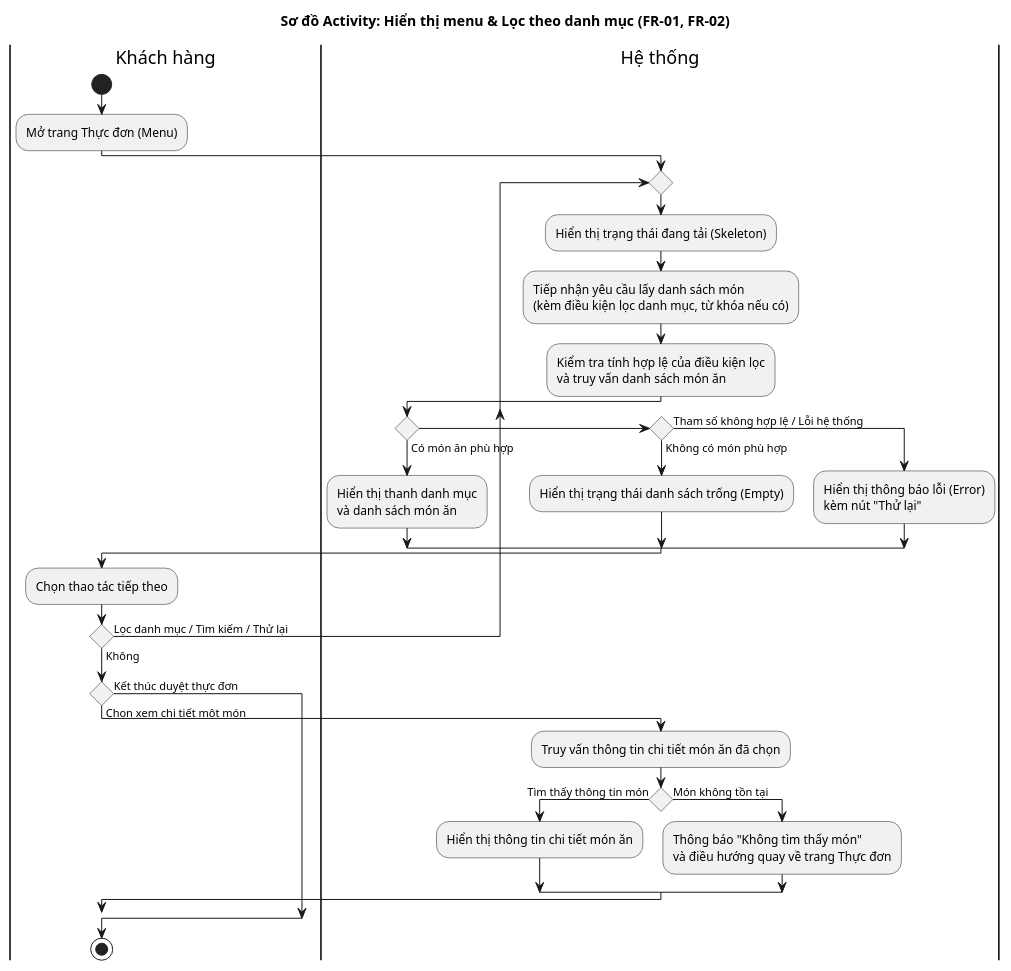
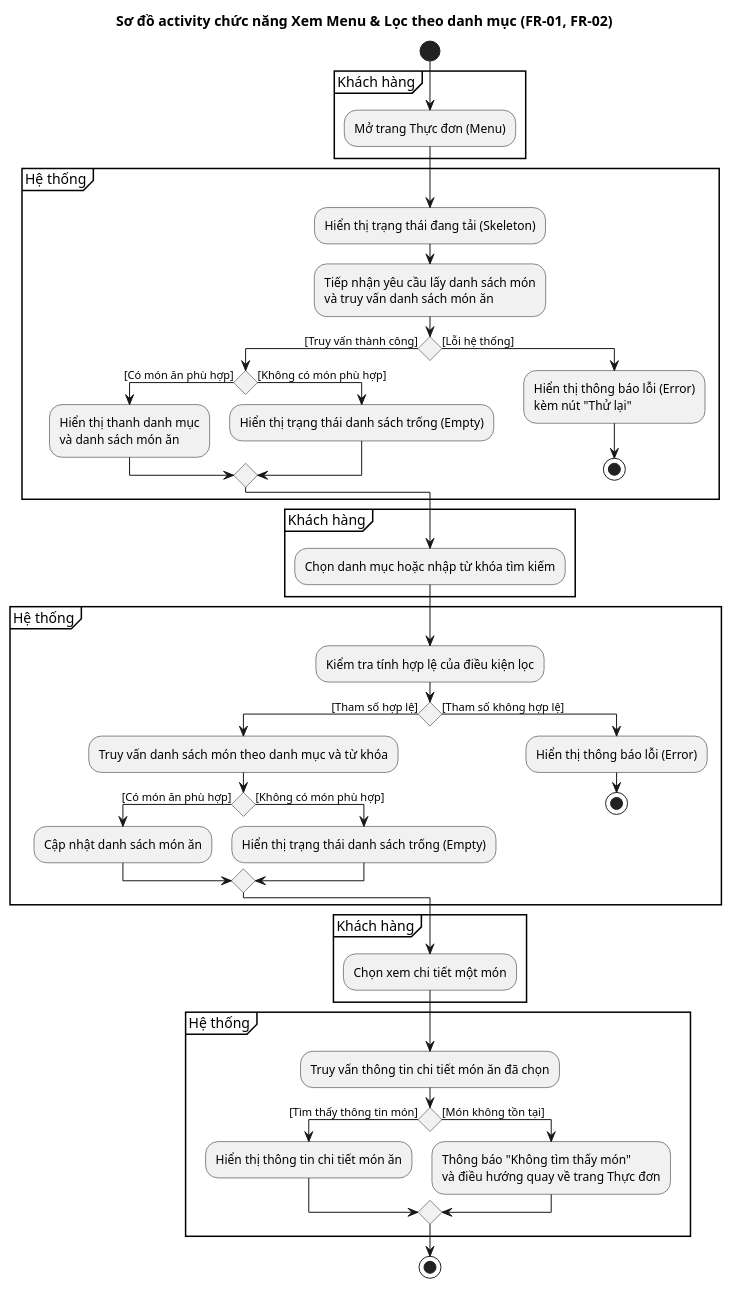
The diagram in docs/diagrams/menu/activity-menu.puml (Phuc280106/BrewLite2), drawn with PlantUML before and after one commit. The commit also changed 7 other files, not shown here.

Commit message:
docs(diagrams): hoàn thành sơ đồ usecase, sequence, activity cho chức năng hiển thị menu và lọc danh mục

```diff
--- a/docs/diagrams/menu/activity-menu.puml
+++ b/docs/diagrams/menu/activity-menu.puml
@@ -1,40 +1,62 @@
 @startuml activity-menu
-skinparam ConditionEndStyle hline
-title Sơ đồ Activity: Hiển thị menu & Lọc theo danh mục (FR-01, FR-02)
+title Sơ đồ activity chức năng Xem Menu & Lọc theo danh mục (FR-01, FR-02)
 
-|Khách hàng|
 start
-:Mở trang Thực đơn (Menu);
 
-|Hệ thống|
-repeat
+partition "Khách hàng" {
+  :Mở trang Thực đơn (Menu);
+}
+
+partition "Hệ thống" {
   :Hiển thị trạng thái đang tải (Skeleton);
-  :Tiếp nhận yêu cầu lấy danh sách món\n(kèm điều kiện lọc danh mục, từ khóa nếu có);
-  :Kiểm tra tính hợp lệ của điều kiện lọc\nvà truy vấn danh sách món ăn;
+  :Tiếp nhận yêu cầu lấy danh sách món
+  và truy vấn danh sách món ăn;
+  if () then ([Truy vấn thành công])
+    if () then ([Có món ăn phù hợp])
+      :Hiển thị thanh danh mục
+      và danh sách món ăn;
+    else ([Không có món phù hợp])
+      :Hiển thị trạng thái danh sách trống (Empty);
+    endif
+  else ([Lỗi hệ thống])
+    :Hiển thị thông báo lỗi (Error)
+    kèm nút "Thử lại";
+    stop
+  endif
+}
 
-  if () then (Có món ăn phù hợp)
-    :Hiển thị thanh danh mục\nvà danh sách món ăn;
-  elseif () then (Không có món phù hợp)
-    :Hiển thị trạng thái danh sách trống (Empty);
-  else (Tham số không hợp lệ / Lỗi hệ thống)
-    :Hiển thị thông báo lỗi (Error)\nkèm nút "Thử lại";
+partition "Khách hàng" {
+  :Chọn danh mục hoặc nhập từ khóa tìm kiếm;
+}
+
+partition "Hệ thống" {
+  :Kiểm tra tính hợp lệ của điều kiện lọc;
+  if () then ([Tham số hợp lệ])
+    :Truy vấn danh sách món theo danh mục và từ khóa;
+    if () then ([Có món ăn phù hợp])
+      :Cập nhật danh sách món ăn;
+    else ([Không có món phù hợp])
+      :Hiển thị trạng thái danh sách trống (Empty);
+    endif
+  else ([Tham số không hợp lệ])
+    :Hiển thị thông báo lỗi (Error);
+    stop
   endif
+}
 
-|Khách hàng|
-  :Chọn thao tác tiếp theo;
-repeat while () is (Lọc danh mục / Tìm kiếm / Thử lại) not (Không)
+partition "Khách hàng" {
+  :Chọn xem chi tiết một món;
+}
 
-if () then (Chọn xem chi tiết một món)
-  |Hệ thống|
+partition "Hệ thống" {
   :Truy vấn thông tin chi tiết món ăn đã chọn;
-  if () then (Tìm thấy thông tin món)
+  if () then ([Tìm thấy thông tin món])
     :Hiển thị thông tin chi tiết món ăn;
-  else (Món không tồn tại)
-    :Thông báo "Không tìm thấy món"\nvà điều hướng quay về trang Thực đơn;
+  else ([Món không tồn tại])
+    :Thông báo "Không tìm thấy món"
+    và điều hướng quay về trang Thực đơn;
   endif
-else (Kết thúc duyệt thực đơn)
-endif
+}
 
-|Khách hàng|
 stop
 @enduml
```
